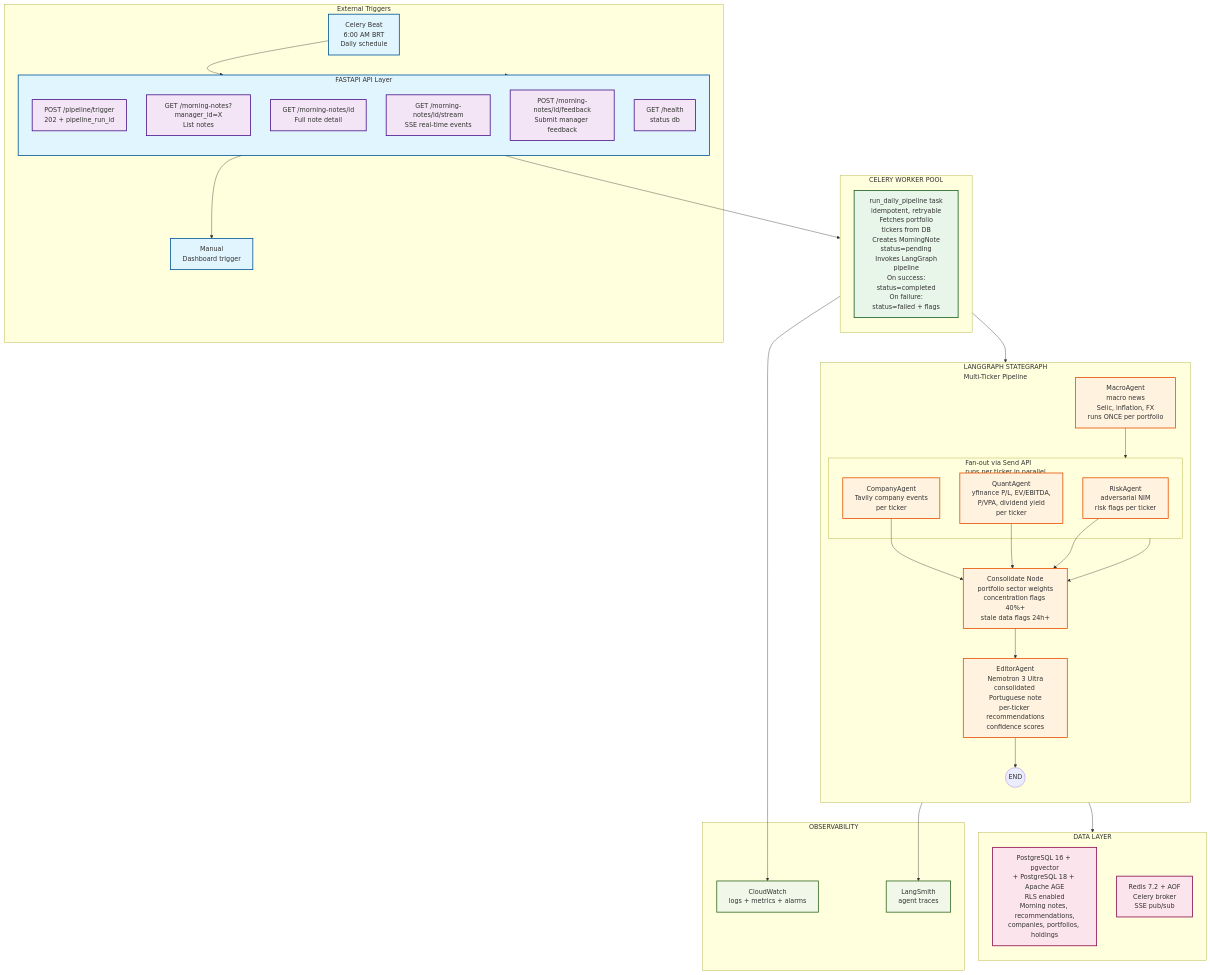
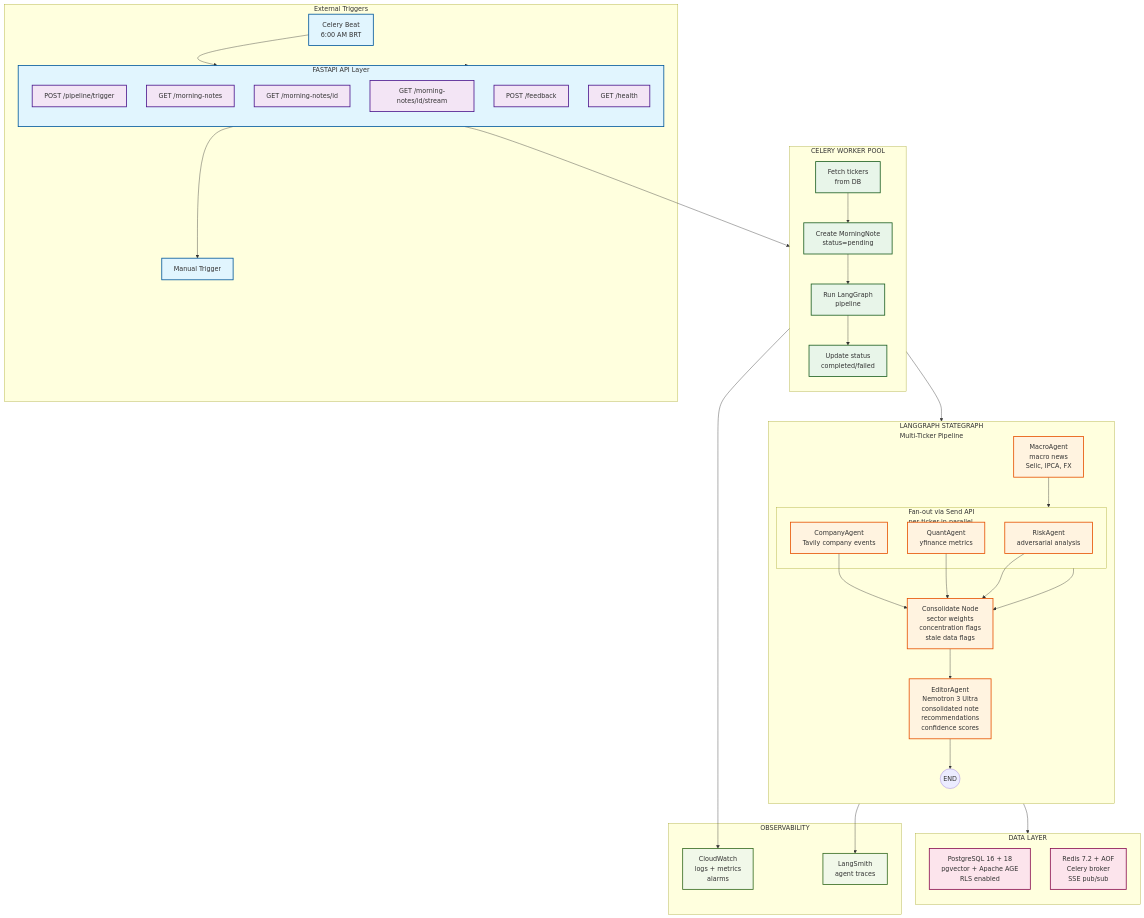
Before and after one commit to pradyumna-001/FinAgent: the diagram in README.md, drawn with Mermaid.

Commit message:
docs(issue-130): make README Mermaid graph more detailed with granular nodes

```diff
--- a/README.md
+++ b/README.md
@@ -10,9 +10,9 @@
 flowchart TB
     %% External Triggers
     subgraph TRIGGERS["External Triggers"]
-        CB[Celery Beat<br/>6:00 AM BRT<br/>Daily schedule]:::trigger
-        API[API Call<br/>POST /pipeline/trigger<br/>Manual trigger]:::trigger
-        MT[Manual<br/>Dashboard trigger]:::trigger
+        CB[Celery Beat<br/>6:00 AM BRT]
+        API[API Call<br/>POST /trigger]
+        MT[Manual Trigger]
     end
 
     CB --> API
@@ -21,12 +21,12 @@
     %% FastAPI API Layer
     subgraph API["FASTAPI API Layer"]
         direction TB
-        FT[POST /pipeline/trigger<br/>202 + pipeline_run_id]
-        FM[GET /morning-notes?manager_id=X<br/>List notes]
-        FD[GET /morning-notes/id<br/>Full note detail]
-        FS[GET /morning-notes/id/stream<br/>SSE real-time events]
-        FF[POST /morning-notes/id/feedback<br/>Submit manager feedback]
-        FH[GET /health<br/>status db]
+        FT[POST /pipeline/trigger]
+        FM[GET /morning-notes]
+        FD[GET /morning-notes/id]
+        FS[GET /morning-notes/id/stream]
+        FF[POST /feedback]
+        FH[GET /health]
     end
 
     TRIGGERS --> API
@@ -34,8 +34,15 @@
     %% Celery Worker
     subgraph CW["CELERY WORKER POOL"]
         direction TB
-        WF[run_daily_pipeline task<br/>idempotent, retryable<br/> Fetches portfolio tickers from DB<br/> Creates MorningNote status=pending<br/> Invokes LangGraph pipeline<br/> On success: status=completed<br/> On failure: status=failed + flags]
+        WF1[Fetch tickers<br/>from DB]
+        WF2[Create MorningNote<br/>status=pending]
+        WF3[Run LangGraph<br/>pipeline]
+        WF4[Update status<br/>completed/failed]
     end
+
+    WF1 --> WF2
+    WF2 --> WF3
+    WF3 --> WF4
 
     API --> CW
 
@@ -43,20 +50,20 @@
     subgraph LG["LANGGRAPH STATEGRAPH<br/>Multi-Ticker Pipeline"]
         direction TB
         %% Macro Agent
-        MA[MacroAgent<br/> macro news<br/>Selic, inflation, FX<br/>runs ONCE per portfolio]
+        MA[MacroAgent<br/>macro news<br/>Selic, IPCA, FX]
 
         %% Fan-out agents
-        subgraph FO["Fan-out via Send API<br/>runs per ticker in parallel"]
-            CA[CompanyAgent<br/>Tavily company events<br/>per ticker]
-            QA[QuantAgent<br/>yfinance P/L, EV/EBITDA,<br/>P/VPA, dividend yield<br/>per ticker]
-            RA[RiskAgent<br/>adversarial NIM <br/>risk flags per ticker]
+        subgraph FO["Fan-out via Send API<br/>per ticker in parallel"]
+            CA[CompanyAgent<br/>Tavily company events]
+            QA[QuantAgent<br/>yfinance metrics]
+            RA[RiskAgent<br/>adversarial analysis]
         end
 
         %% Consolidate
-        CN[Consolidate Node<br/>portfolio sector weights<br/>concentration flags 40%+<br/>stale data flags 24h+]
+        CN[Consolidate Node<br/>sector weights<br/>concentration flags<br/>stale data flags]
 
         %% Editor
-        EA[EditorAgent<br/>Nemotron 3 Ultra<br/>consolidated Portuguese note<br/>per-ticker recommendations<br/>confidence scores]
+        EA[EditorAgent<br/>Nemotron 3 Ultra<br/>consolidated note<br/>recommendations<br/>confidence scores]
 
         END1((END))
 
@@ -74,7 +81,7 @@
     %% Data Layer
     subgraph DL["DATA LAYER"]
         direction TB
-        PG[PostgreSQL 16 + pgvector<br/>+ PostgreSQL 18 + Apache AGE<br/>RLS enabled<br/>Morning notes, recommendations,<br/>companies, portfolios, holdings]
+        PG[PostgreSQL 16 + 18<br/>pgvector + Apache AGE<br/>RLS enabled]
         RD[Redis 7.2 + AOF<br/>Celery broker<br/>SSE pub/sub]
     end
 
@@ -82,7 +89,7 @@
 
     %% Observability
     subgraph OBS["OBSERVABILITY"]
-        CW2[CloudWatch<br/>logs + metrics + alarms]
+        CW2[CloudWatch<br/>logs + metrics<br/>alarms]
         LS[LangSmith<br/>agent traces]
     end
 
@@ -99,7 +106,7 @@
 
     class CB,API,MT trigger;
     class FT,FM,FD,FS,FF,FH api;
-    class WF worker;
+    class WF1,WF2,WF3,WF4 worker;
     class MA,CA,QA,RA,CN,EA langgraph;
     class PG,RD datalayer;
     class CW2,LS obs;
```
